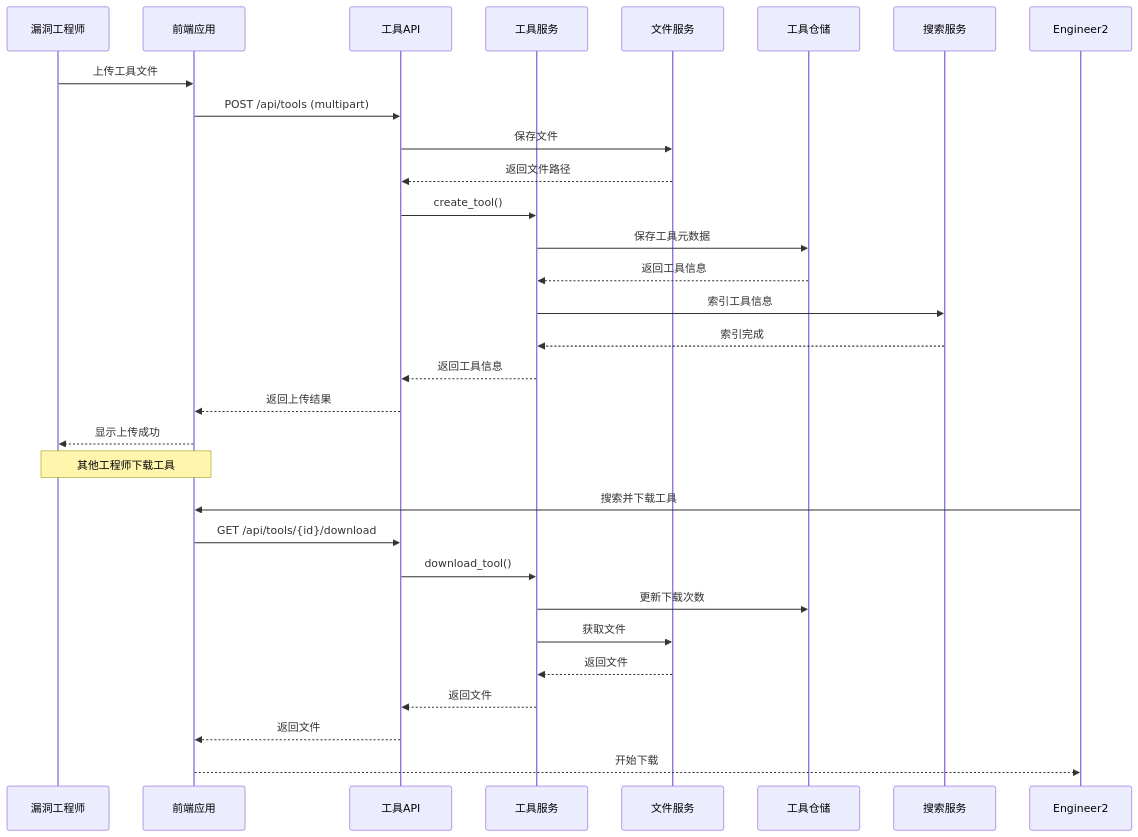
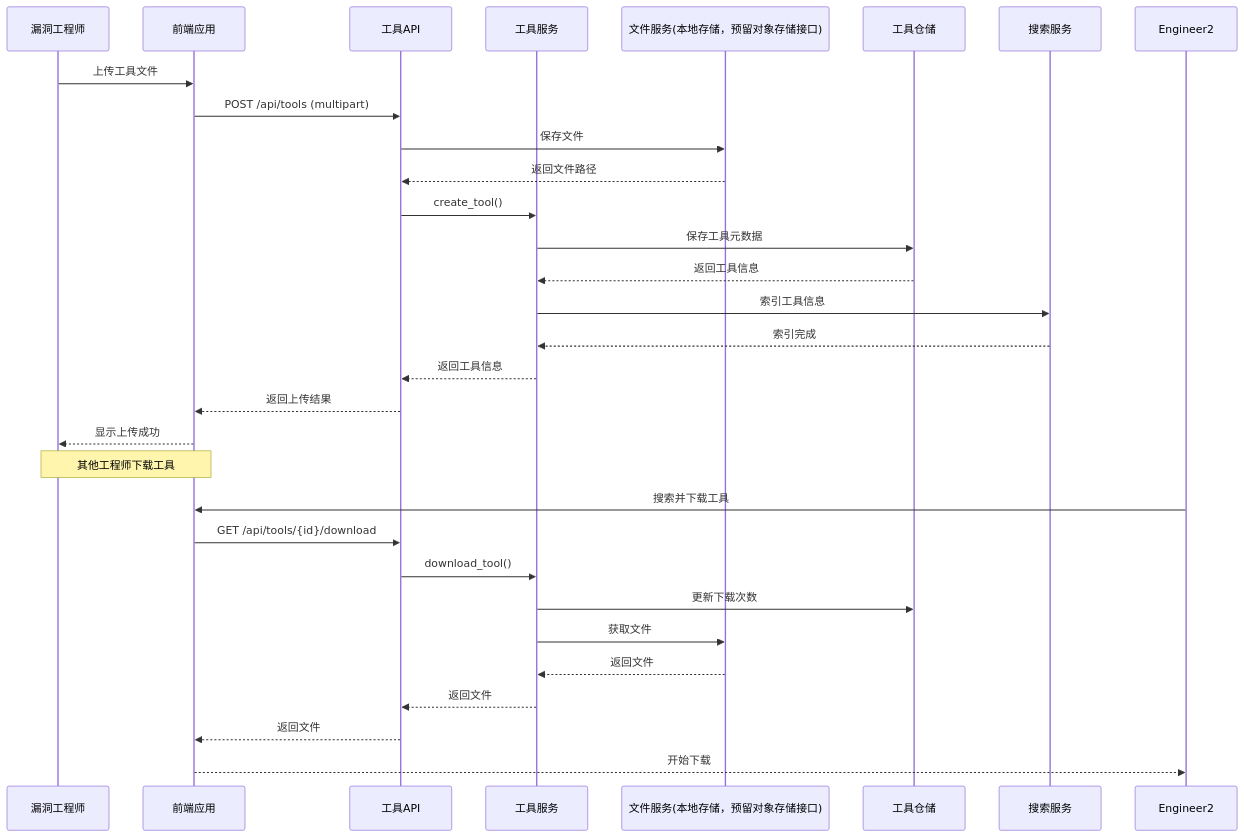
The eighth of 11 diagrams in docs/design/sequence_diagram.md (dayutech/Vuln-Audit-Lifecycle-Management), drawn with Mermaid before and after one commit. The commit also changed other lines of this file and 46 other files, not shown here.

````diff
--- a/docs/design/sequence_diagram.md
+++ b/docs/design/sequence_diagram.md
@@ -232,35 +232,35 @@
 ```mermaid
 sequenceDiagram
     participant Engineer as 漏洞工程师
     participant Frontend as 前端应用
     participant ToolAPI as 工具API
     participant ToolService as 工具服务
-    participant FileService as 文件服务
+    participant FileService as 文件服务(本地存储，预留对象存储接口)
     participant ToolRepo as 工具仓储
     participant SearchService as 搜索服务
 
     Engineer->>Frontend: 上传工具文件
     Frontend->>ToolAPI: POST /api/tools (multipart)
     ToolAPI->>FileService: 保存文件
     FileService-->>ToolAPI: 返回文件路径
     ToolAPI->>ToolService: create_tool()
     ToolService->>ToolRepo: 保存工具元数据
     ToolRepo-->>ToolService: 返回工具信息
     ToolService->>SearchService: 索引工具信息
     SearchService-->>ToolService: 索引完成
     ToolService-->>ToolAPI: 返回工具信息
     ToolAPI-->>Frontend: 返回上传结果
     Frontend-->>Engineer: 显示上传成功
     
     Note over Engineer,Frontend: 其他工程师下载工具
     
     Engineer2->>Frontend: 搜索并下载工具
     Frontend->>ToolAPI: GET /api/tools/{id}/download
     ToolAPI->>ToolService: download_tool()
     ToolService->>ToolRepo: 更新下载次数
     ToolService->>FileService: 获取文件
     FileService-->>ToolService: 返回文件
     ToolService-->>ToolAPI: 返回文件
     ToolAPI-->>Frontend: 返回文件
     Frontend-->>Engineer2: 开始下载
 ```
````
